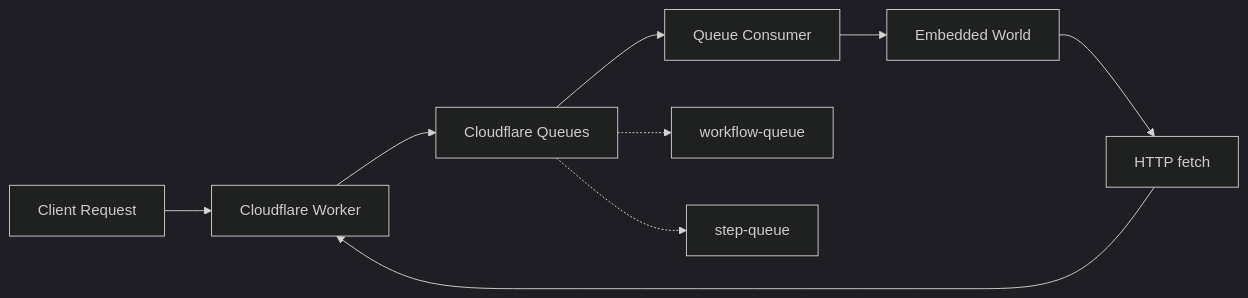
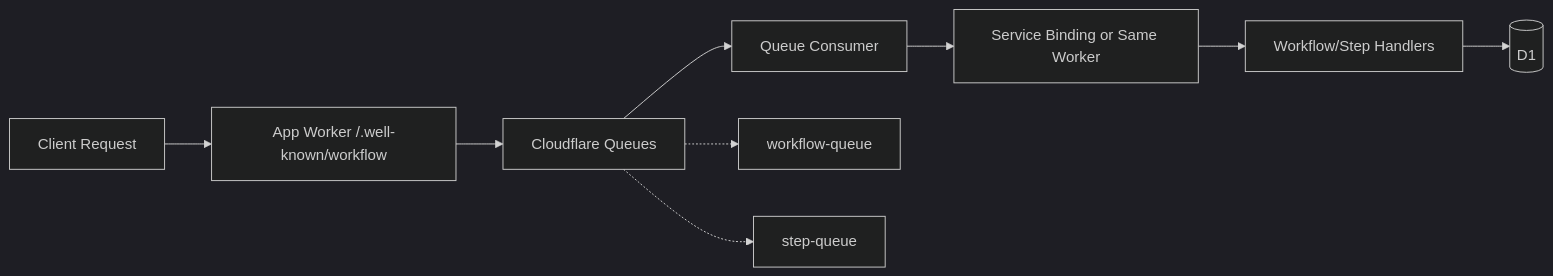
Before and after one commit to eersnington/workflow-cloudflare-world: the first of 2 diagrams in packages/world-cloudflare/HOW_IT_WORKS.md, drawn with Mermaid (dark theme). The commit also changed other lines of this file and 9 other files, not shown here.

````diff
--- a/packages/world-cloudflare/HOW_IT_WORKS.md
+++ b/packages/world-cloudflare/HOW_IT_WORKS.md
@@ -20,12 +20,12 @@
 ```mermaid
 graph LR
-    Client[Client Request] --> Worker[Cloudflare Worker]
-    Worker --> Queue[Cloudflare Queues]
+    Client[Client Request] --> App[App Worker /.well-known/workflow]
+    App --> Queue[Cloudflare Queues]
     Queue --> Consumer[Queue Consumer]
-    Consumer --> EW[Embedded World]
-    EW --> HTTP[HTTP fetch]
-    HTTP --> Worker
-    
+    Consumer --> Binding[Service Binding or Same Worker]
+    Binding --> Flow[Workflow/Step Handlers]
+    Flow --> D1[(D1)]
+
     Queue -.-> WQ[workflow-queue]
     Queue -.-> SQ[step-queue]
 ```
````
